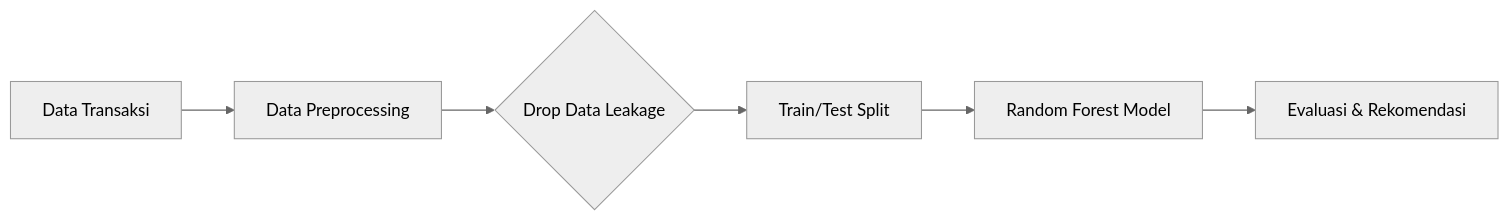
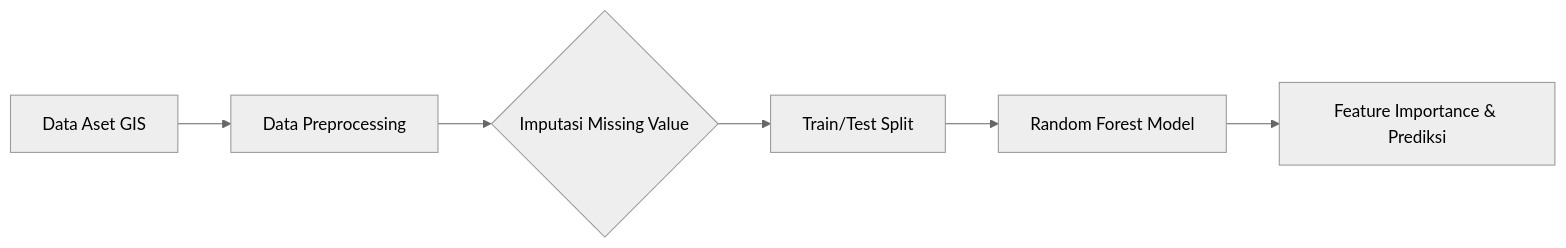
Before and after one commit to Muhammadripalrbb/City-Care-Property: the diagram in README.md, drawn with Mermaid (neutral theme). The commit also changed other lines of this file, not shown here.

````diff
--- a/README.md
+++ b/README.md
@@ -524,15 +53,8 @@
 ```mermaid
-
 graph LR
-
-    A[Data Transaksi] --> B[Data Preprocessing]
-
-    B --> C{Drop Data Leakage}
-
+    A[Data Aset GIS] --> B[Data Preprocessing]
+    B --> C{Imputasi Missing Value}
     C --> D[Train/Test Split]
-
     D --> E[Random Forest Model]
-
-    E --> F[Evaluasi & Rekomendasi]
-
+    E --> F[Feature Importance & Prediksi]
 ```
````
